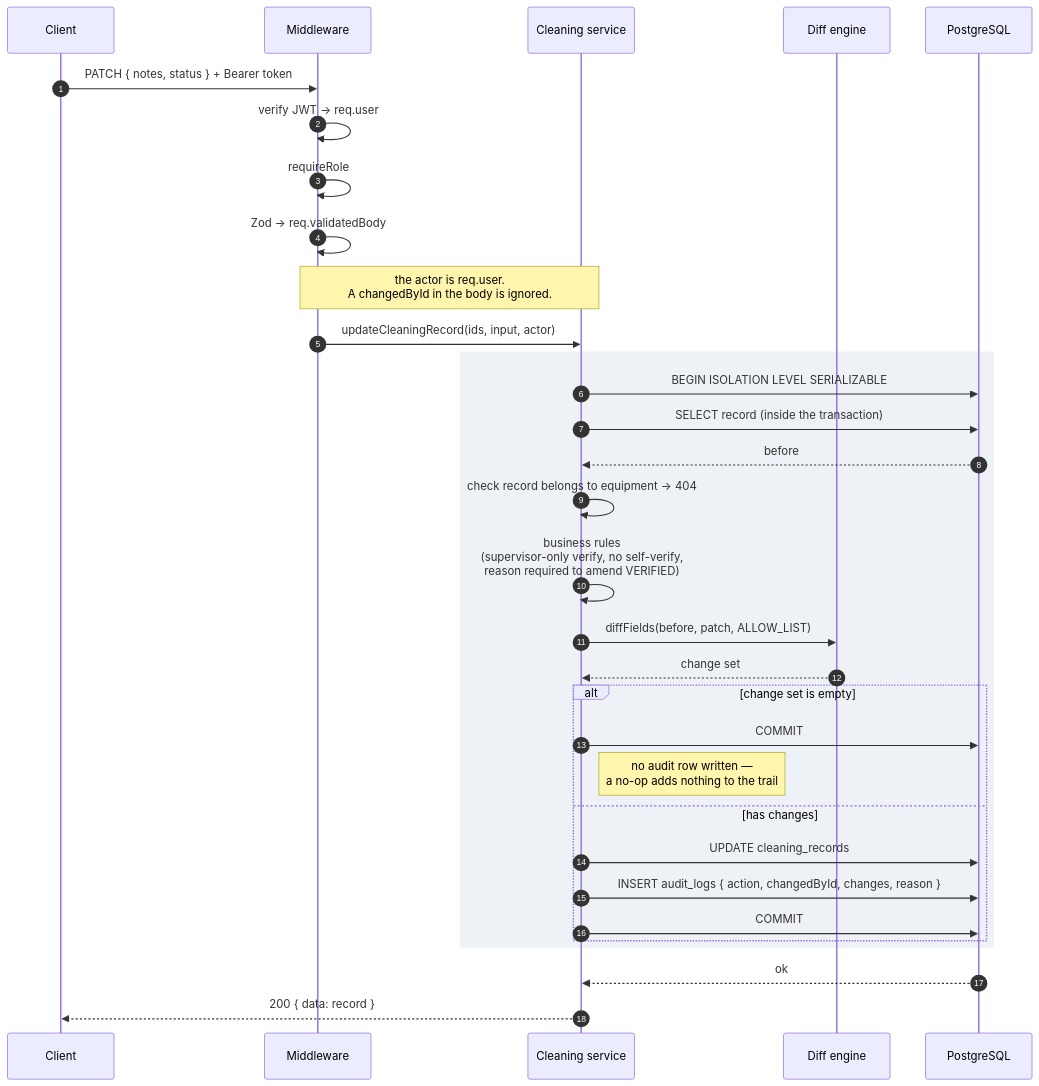
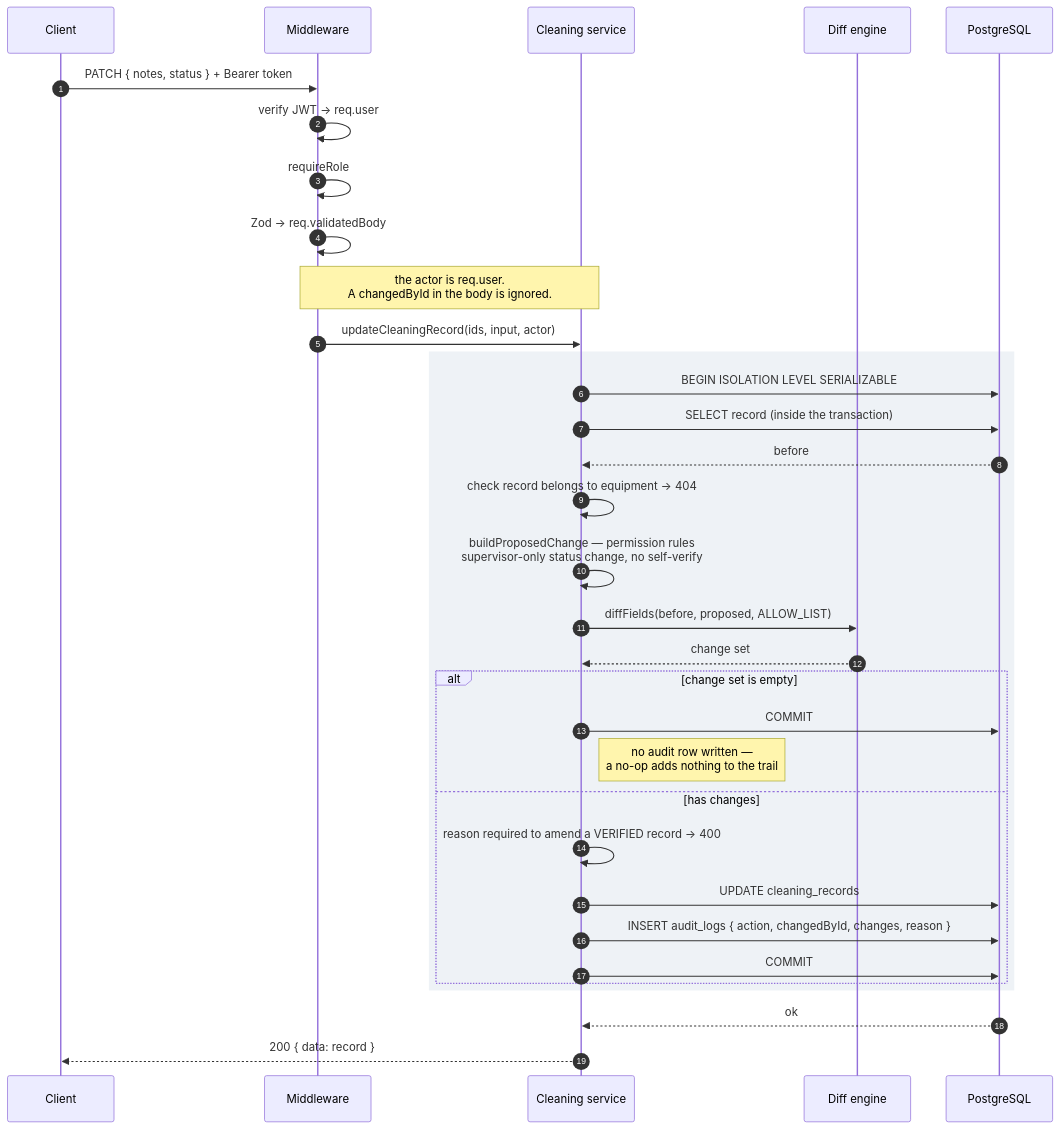
Before and after one commit to Shrike0p/Pharmaceutical-Dashboard: the first of 4 diagrams in docs/04-request-response-flow.md, drawn with Mermaid. The commit also changed other lines of this file and 4 other files, not shown here.

First line of the commit message:
docs: correct two as-built diagrams the redrawn sketch exposed

````diff
--- a/docs/04-request-response-flow.md
+++ b/docs/04-request-response-flow.md
@@ -34,38 +26,39 @@
 ```mermaid
 sequenceDiagram
     autonumber
     participant C as Client
     participant M as Middleware
     participant S as Cleaning service
     participant D as Diff engine
     participant PG as PostgreSQL
 
     C->>M: PATCH { notes, status } + Bearer token
     M->>M: verify JWT → req.user
     M->>M: requireRole
     M->>M: Zod → req.validatedBody
     Note over M,S: the actor is req.user.<br/>A changedById in the body is ignored.
     M->>S: updateCleaningRecord(ids, input, actor)
 
     rect rgb(238, 242, 246)
     S->>PG: BEGIN ISOLATION LEVEL SERIALIZABLE
     S->>PG: SELECT record (inside the transaction)
     PG-->>S: before
     S->>S: check record belongs to equipment → 404
-    S->>S: business rules<br/>(supervisor-only verify, no self-verify,<br/>reason required to amend VERIFIED)
-    S->>D: diffFields(before, patch, ALLOW_LIST)
+    S->>S: buildProposedChange — permission rules<br/>supervisor-only status change, no self-verify
+    S->>D: diffFields(before, proposed, ALLOW_LIST)
     D-->>S: change set
 
     alt change set is empty
         S->>PG: COMMIT
         Note right of S: no audit row written —<br/>a no-op adds nothing to the trail
     else has changes
+        S->>S: reason required to amend a VERIFIED record → 400
         S->>PG: UPDATE cleaning_records
         S->>PG: INSERT audit_logs { action, changedById, changes, reason }
         S->>PG: COMMIT
     end
     end
 
     PG-->>S: ok
     S-->>C: 200 { data: record }
 ```
````
